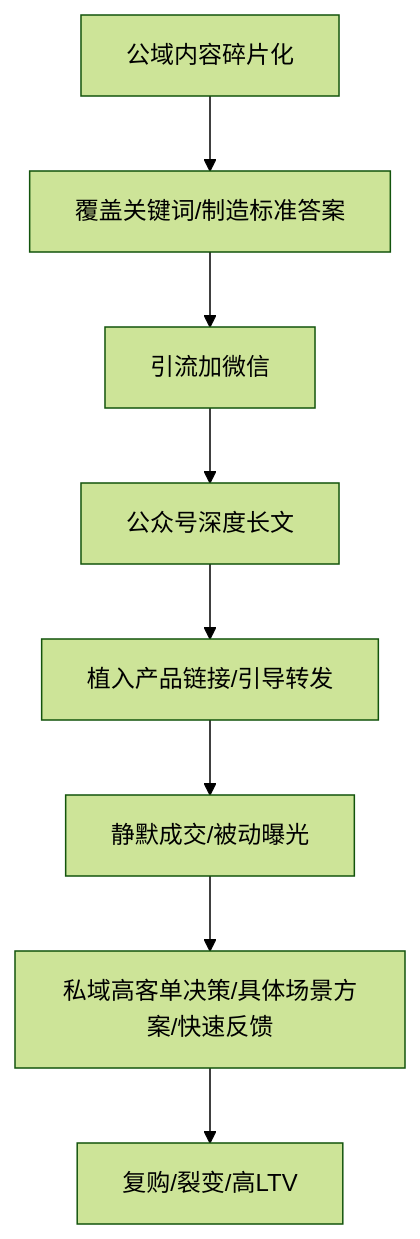
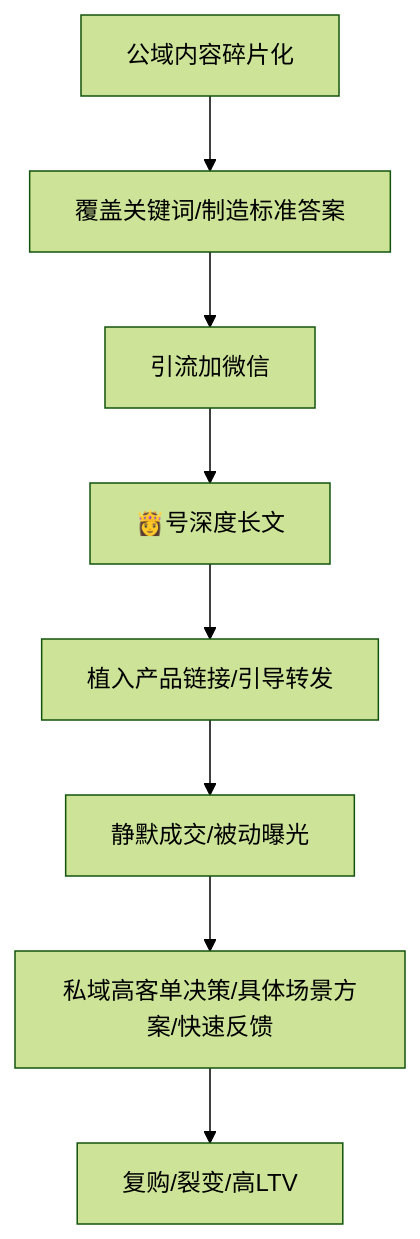
One commit to OpenDocCN1/flygon-zhuanqian-zhoubao changed diagram 12 of 19 in docs/202305_paper2textbook/asset/body_fix_097471613eda59ff8dc2d596cc72ab1c_bce59fb1a29718ec318e1f83ccd7bf36_61784f9d16151b66570a03c719ccc5b8_26bce1063e0f367c77a45693cea02eab.md. Above: the diagram before and after it, drawn with Mermaid (forest theme). The commit also changed other lines of this file and 6688 other files, not shown here.

````diff
--- a/docs/202305_paper2textbook/asset/body_fix_097471613eda59ff8dc2d596cc72ab1c_bce59fb1a29718ec318e1f83ccd7bf36_61784f9d16151b66570a03c719ccc5b8_26bce1063e0f367c77a45693cea02eab.md
+++ b/docs/202305_paper2textbook/asset/body_fix_097471613eda59ff8dc2d596cc72ab1c_bce59fb1a29718ec318e1f83ccd7bf36_61784f9d16151b66570a03c719ccc5b8_26bce1063e0f367c77a45693cea02eab.md
@@ -711,10 +711,10 @@
 ```mermaid
 graph TD
     A[公域内容碎片化] --> B[覆盖关键词/制造标准答案]
     B --> C[引流加微信]
-    C --> D[公众号深度长文]
+    C --> D[👸号深度长文]
     D --> E[植入产品链接/引导转发]
     E --> F[静默成交/被动曝光]
     F --> G[私域高客单决策/具体场景方案/快速反馈]
     G --> H[复购/裂变/高LTV]
 ```
````
